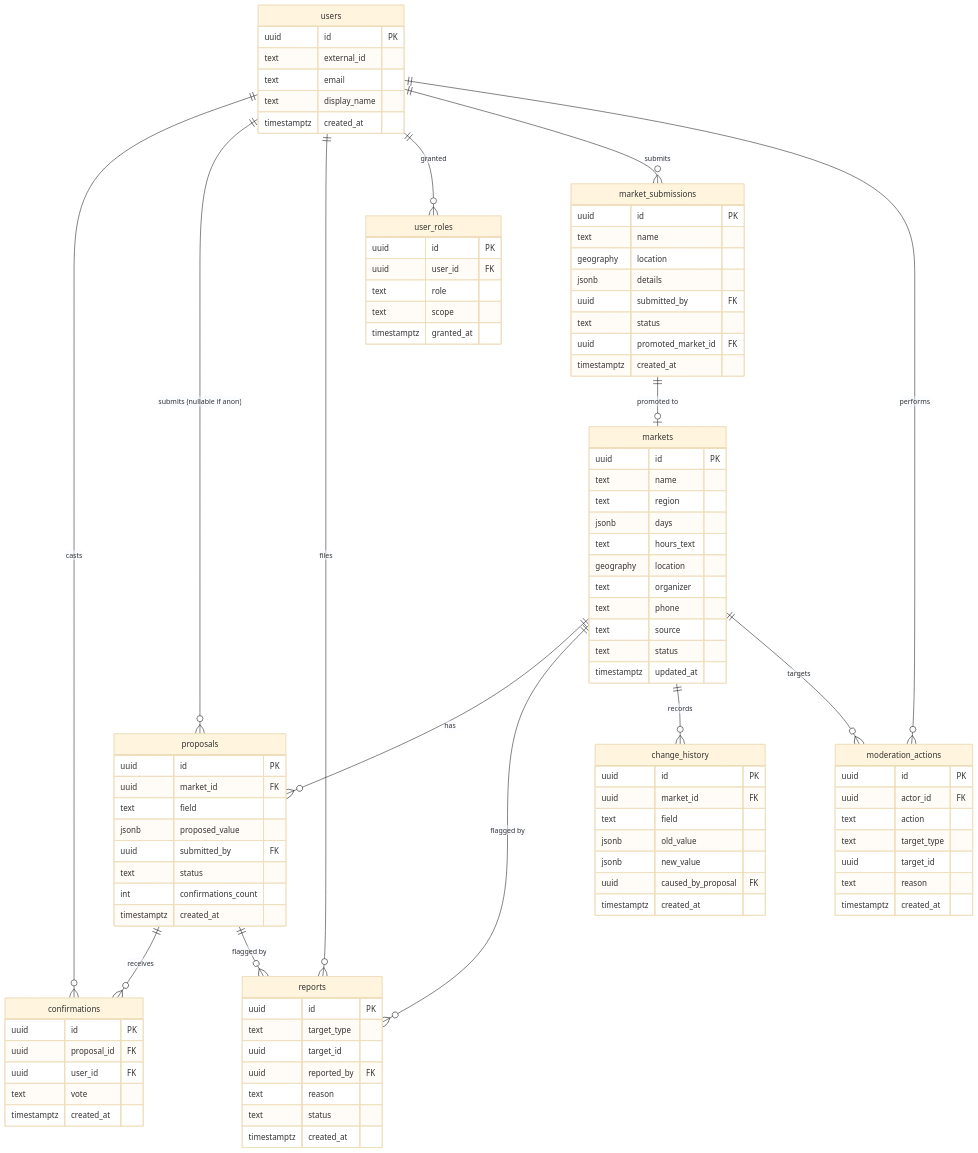
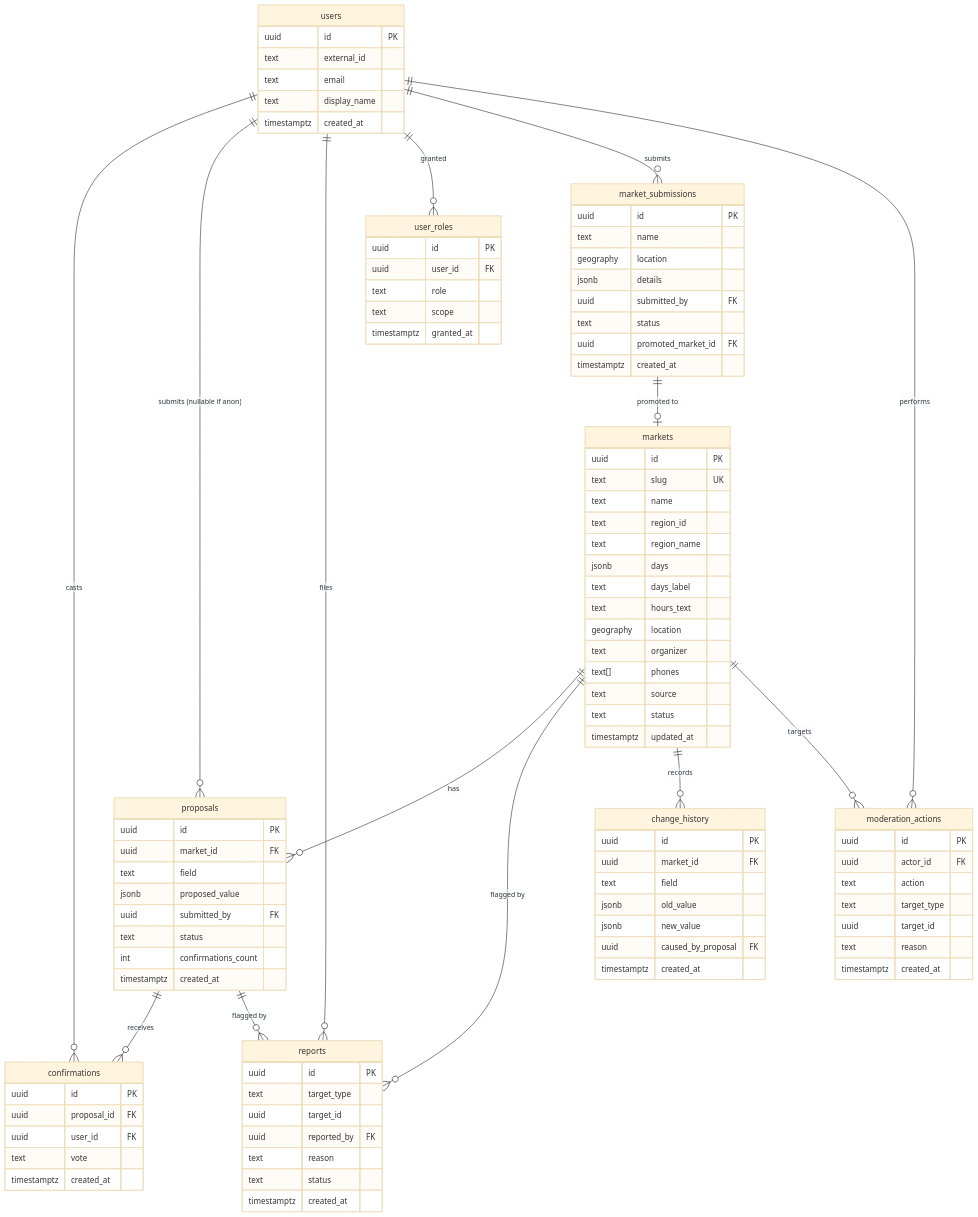
Before and after one commit to jimacampos/laferiacr: the diagram in docs/architecture/data-model.md, drawn with Mermaid (base theme). The commit also changed other lines of this file and 36 other files, not shown here.

```diff
--- a/docs/architecture/data-model.md
+++ b/docs/architecture/data-model.md
@@ -33,13 +33,16 @@
 
   markets {
     uuid id PK
+    text slug UK
     text name
-    text region
+    text region_id
+    text region_name
     jsonb days
+    text days_label
     text hours_text
     geography location
     text organizer
-    text phone
+    text[] phones
     text source
     text status
     timestamptz updated_at
```
